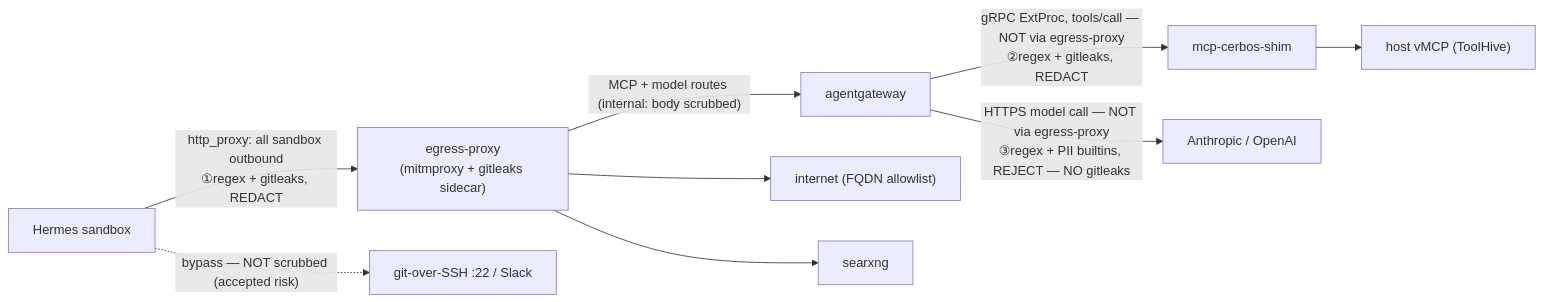
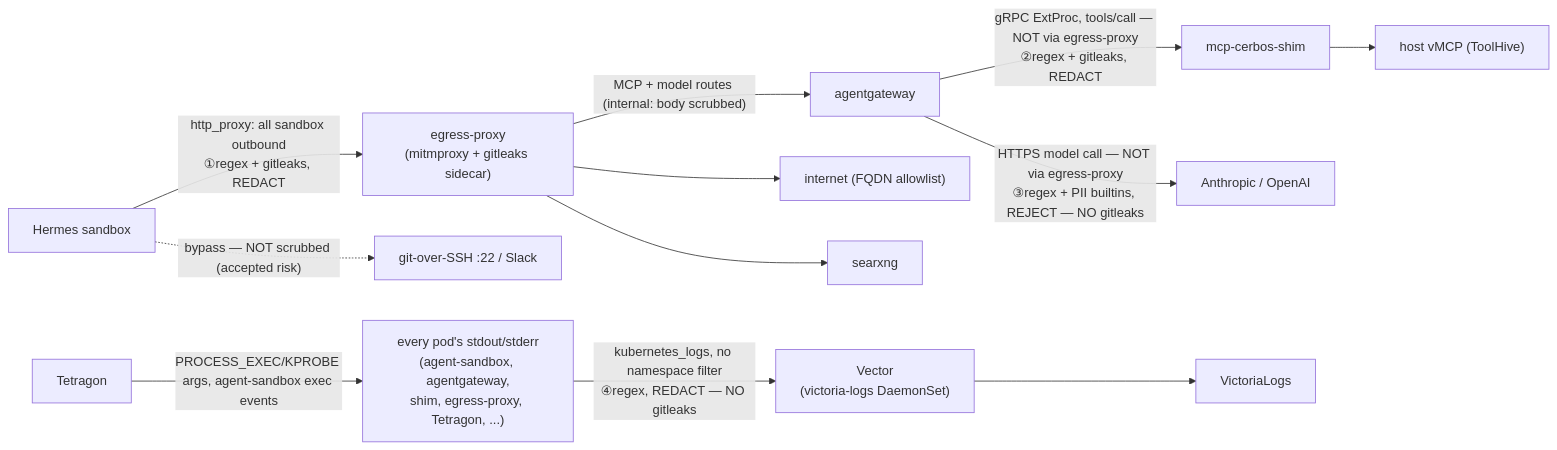
Before and after one commit to christensenjairus/vicegerent-agents: the diagram in docs/secrets-and-pii-redaction.md, drawn with Mermaid. The commit also changed other lines of this file and 1 other file, not shown here.

Commit message:
feat(victoria-logs): add fourth redaction leg to Vector's log pipeline

````diff
--- a/docs/secrets-and-pii-redaction.md
+++ b/docs/secrets-and-pii-redaction.md
@@ -119,21 +150,28 @@
 ```mermaid
 flowchart LR
     H[Hermes sandbox]
     EP["egress-proxy<br/>(mitmproxy + gitleaks sidecar)"]
     AGW[agentgateway]
     SHIM[mcp-cerbos-shim]
     VMCP["host vMCP (ToolHive)"]
     LLM["Anthropic / OpenAI"]
     NET["internet (FQDN allowlist)"]
     SX[searxng]
     DIRECT["git-over-SSH :22 / Slack"]
+    TETRA[Tetragon]
+    ALLPODS["every pod's stdout/stderr<br/>(agent-sandbox, agentgateway,<br/>shim, egress-proxy, Tetragon, ...)"]
+    VECTOR["Vector<br/>(victoria-logs DaemonSet)"]
+    VLOGS[VictoriaLogs]
 
     H -->|"http_proxy: all sandbox outbound<br/>①regex + gitleaks, REDACT"| EP
     EP -->|"MCP + model routes (internal: body scrubbed)"| AGW
     EP --> NET
     EP --> SX
     AGW -->|"gRPC ExtProc, tools/call — NOT via egress-proxy<br/>②regex + gitleaks, REDACT"| SHIM
     SHIM --> VMCP
     AGW -->|"HTTPS model call — NOT via egress-proxy<br/>③regex + PII builtins, REJECT — NO gitleaks"| LLM
     H -.->|"bypass — NOT scrubbed (accepted risk)"| DIRECT
+    TETRA -->|"PROCESS_EXEC/KPROBE args, agent-sandbox exec events"| ALLPODS
+    ALLPODS -->|"kubernetes_logs, no namespace filter<br/>④regex, REDACT — NO gitleaks"| VECTOR
+    VECTOR --> VLOGS
 ```
````
